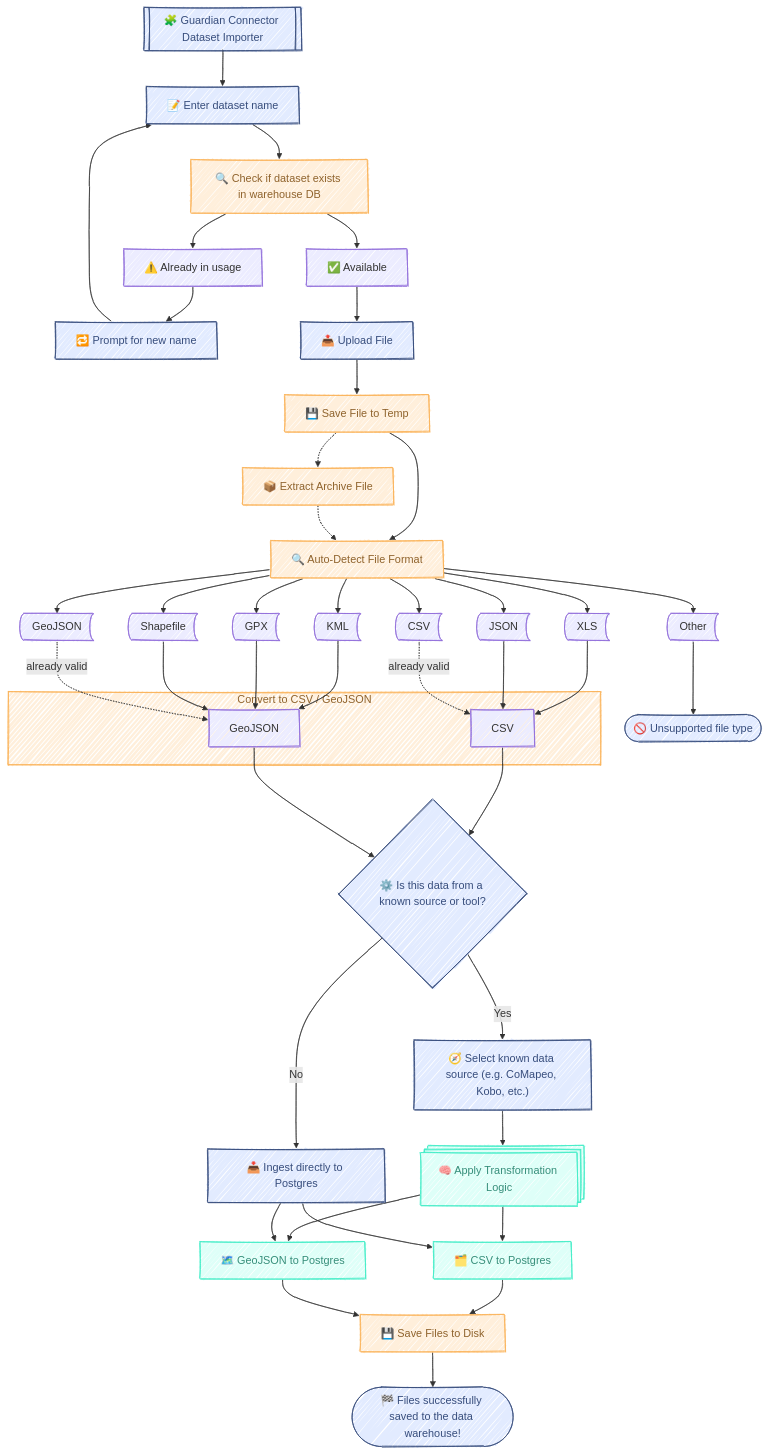
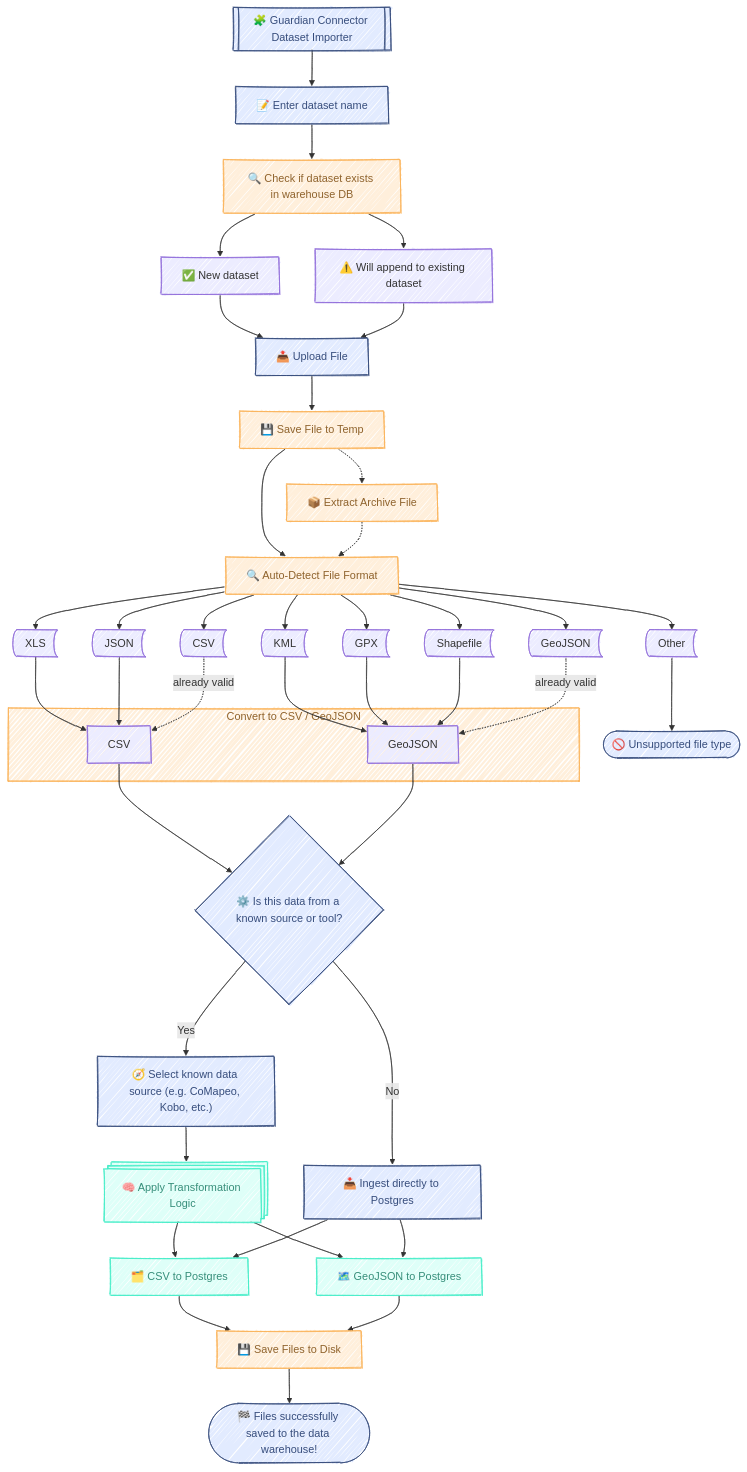
The diagram in f/apps/gc_dataset_importer.app/README.md (ConservationMetrics/gc-scripts-hub), drawn with Mermaid before and after one commit. The commit also changed other lines of this file and 10 other files, not shown here.

First line of the commit message:
Enable append mode in Dataset Uploader (#202)

```diff
--- a/f/apps/gc_dataset_importer.app/README.md
+++ b/f/apps/gc_dataset_importer.app/README.md
@@ -59,12 +59,11 @@
  %% Upload + validation
     GCF[["🧩 Guardian Connector Dataset Importer"]] --> EnterDataset["📝 Enter dataset name"]
     EnterDataset --> CheckDataset["🔍 Check if dataset exists in warehouse DB"]
-    CheckDataset --> Exists["⚠️ Already in usage"] & NotExists["✅ Available"]
-    Exists --> RetryName["🔁 Prompt for new name"]
-    RetryName --> EnterDataset
+    CheckDataset --> Exists["⚠️ Will append to existing dataset"] & NotExists["✅ New dataset"]
 
  %% File detection and parsing
     NotExists --> Upload["📤 Upload File"]
+    Exists --> Upload
     Upload --> SaveFileToTemp["💾 Save File to Temp"]
     SaveFileToTemp -.-> Extract["📦 Extract Archive File"]
     SaveFileToTemp --> DetectFormat["🔍 Auto-Detect File Format"]
@@ -112,7 +111,6 @@
     GCF:::Sky
     EnterDataset:::Sky
     CheckDataset:::Peach
-    RetryName:::Sky
     Upload:::Sky
     SaveFileToTemp:::Peach
     Extract:::Peach
```
